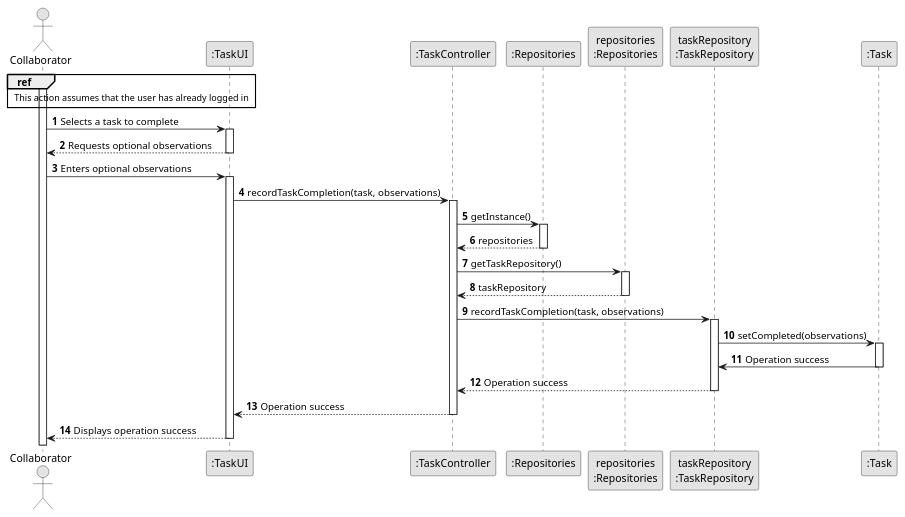
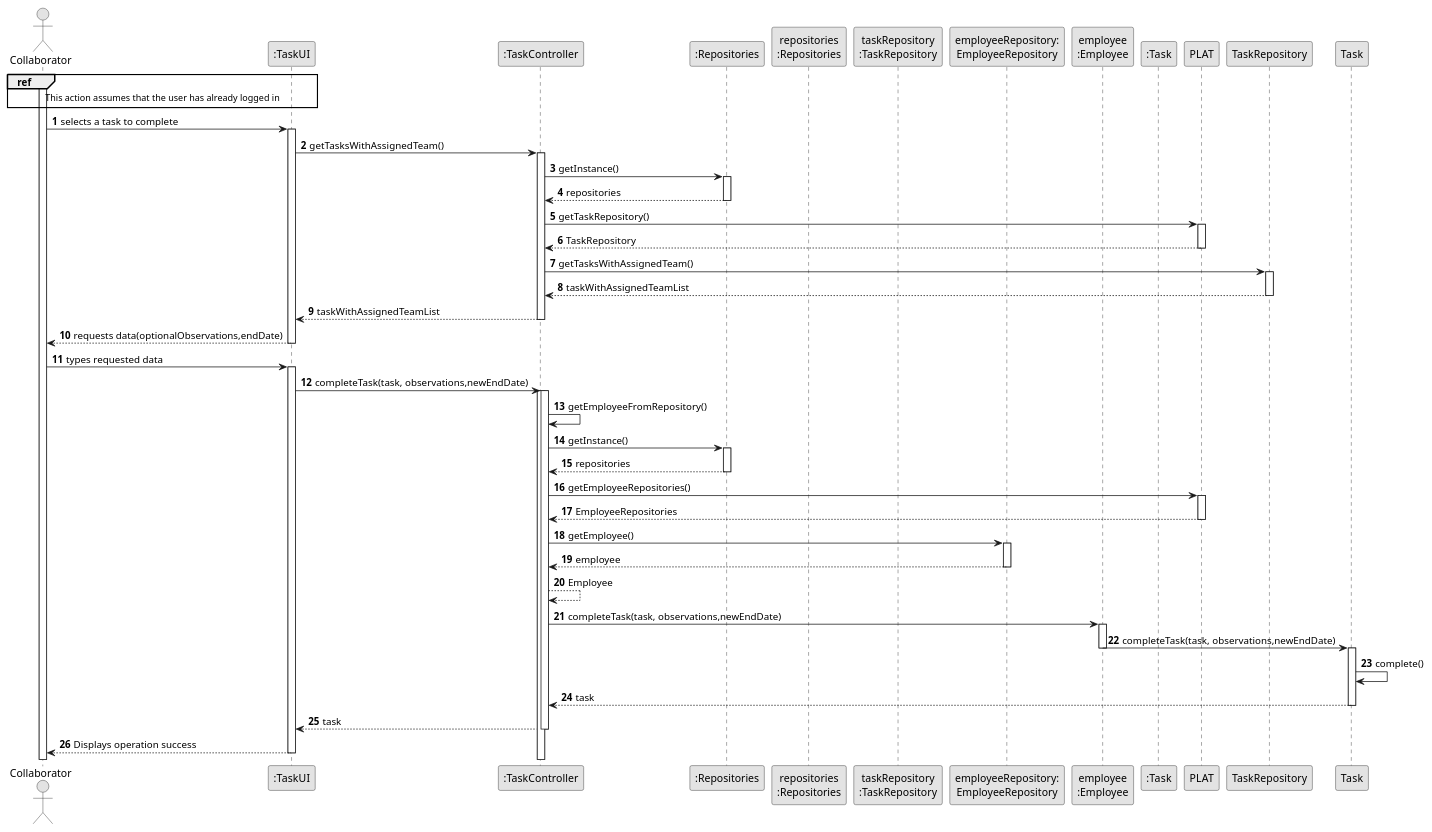
One commit to LopemigueISEP/lei-24-s2-1nb-g312 changed the diagram in docs/sprintC/US029/03.design/puml/us029-sequence-diagram-full.puml. Above: the diagram before and after it, drawn with PlantUML. The commit also changed 10 other files, not shown here.

```diff
--- a/docs/sprintC/US029/03.design/puml/us029-sequence-diagram-full.puml
+++ b/docs/sprintC/US029/03.design/puml/us029-sequence-diagram-full.puml
@@ -1,58 +1,87 @@
 @startuml
 skinparam monochrome true
 skinparam packageStyle rectangle
 skinparam shadowing false
 
 autonumber
 
 actor "Collaborator" as ACTOR
 participant ":TaskUI" as UI
 participant ":TaskController" as CTRL
 participant ":Repositories" as REPOS_Singleton
 participant "repositories\n:Repositories" as REPOS_Instance
 participant "taskRepository\n:TaskRepository" as TASK_REPO
+participant "employeeRepository:\nEmployeeRepository" as EmployeeRepository
+participant "employee\n:Employee" as Employee
 participant ":Task" as TASK
 
 activate ACTOR
 
 ref over ACTOR, UI: This action assumes that the user has already logged in
 
-ACTOR -> UI: Selects a task to complete
+ACTOR -> UI: selects a task to complete
 activate UI
-UI --> ACTOR: Requests optional observations
+    UI -> CTRL: getTasksWithAssignedTeam()
+    activate CTRL
+
+            CTRL -> REPOS_Singleton : getInstance()
+            activate REPOS_Singleton
+
+                REPOS_Singleton --> CTRL: repositories
+            deactivate REPOS_Singleton
+
+            CTRL -> PLAT : getTaskRepository()
+            activate PLAT
+
+                PLAT --> CTRL: TaskRepository
+            deactivate PLAT
+
+            CTRL -> TaskRepository : getTasksWithAssignedTeam()
+            activate TaskRepository
+
+                TaskRepository --> CTRL : taskWithAssignedTeamList
+            deactivate TaskRepository
+
+
+            CTRL --> UI : taskWithAssignedTeamList
+        deactivate CTRL
+UI --> ACTOR: requests data(optionalObservations,endDate)
 deactivate UI
 
-ACTOR -> UI: Enters optional observations
+ACTOR -> UI: types requested data
 activate UI
 
-    UI -> CTRL: recordTaskCompletion(task, observations)
+    UI -> CTRL: completeTask(task, observations,newEndDate)
     activate CTRL
 
-        CTRL -> REPOS_Singleton: getInstance()
-        activate REPOS_Singleton
-        REPOS_Singleton --> CTRL: repositories
-        deactivate REPOS_Singleton
+        activate CTRL
+            CTRL->CTRL: getEmployeeFromRepository()
+            CTRL -> REPOS_Singleton : getInstance()
+            activate REPOS_Singleton
+                REPOS_Singleton --> CTRL : repositories
+            deactivate REPOS_Singleton
+            CTRL -> PLAT : getEmployeeRepositories()
+            activate PLAT
+                PLAT --> CTRL : EmployeeRepositories
+            deactivate PLAT
+            CTRL -> EmployeeRepository: getEmployee()
+            activate EmployeeRepository
+                EmployeeRepository -->CTRL: employee
+            deactivate EmployeeRepository
+            CTRL --> CTRL: Employee
+            CTRL -> Employee: completeTask(task, observations,newEndDate)
+            activate Employee
+                Employee ->Task: completeTask(task, observations,newEndDate)
+            deactivate Employee
+                activate Task
+                    Task -> Task : complete()
+                     Task--> CTRL: task
+                deactivate Task
+            deactivate Employee
+            CTRL --> UI: task
 
-        CTRL -> REPOS_Instance: getTaskRepository()
-        activate REPOS_Instance
-        REPOS_Instance --> CTRL: taskRepository
-        deactivate REPOS_Instance
-
-        CTRL -> TASK_REPO: recordTaskCompletion(task, observations)
-        activate TASK_REPO
-
-            TASK_REPO -> TASK: setCompleted(observations)
-            activate TASK
-            TASK -> TASK_REPO: Operation success
-            deactivate TASK
-
-        TASK_REPO --> CTRL: Operation success
-        deactivate TASK_REPO
-
-    CTRL --> UI: Operation success
-    deactivate CTRL
-
+        deactivate CTRL
 UI --> ACTOR: Displays operation success
 deactivate UI
 
 @enduml
```
